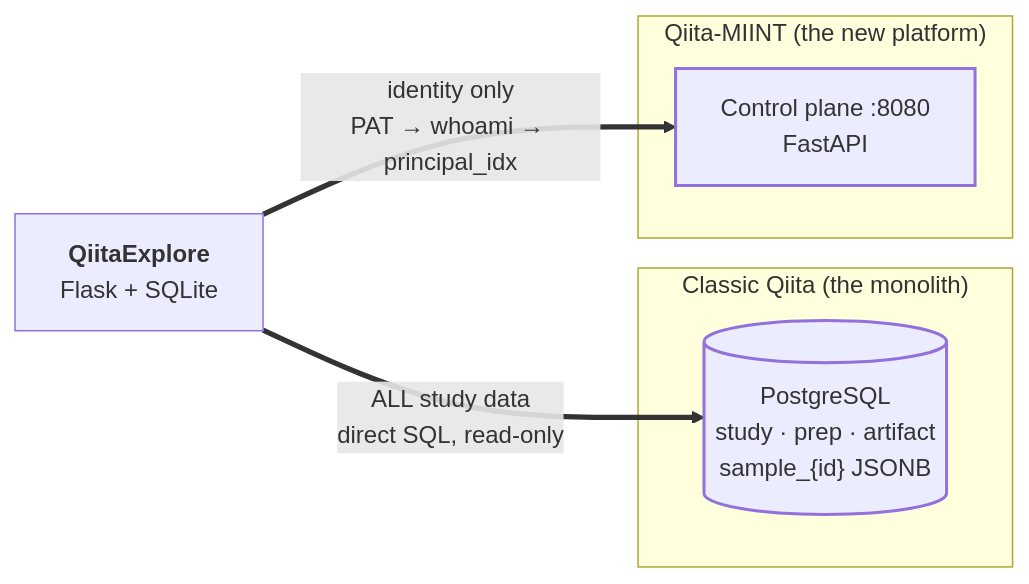
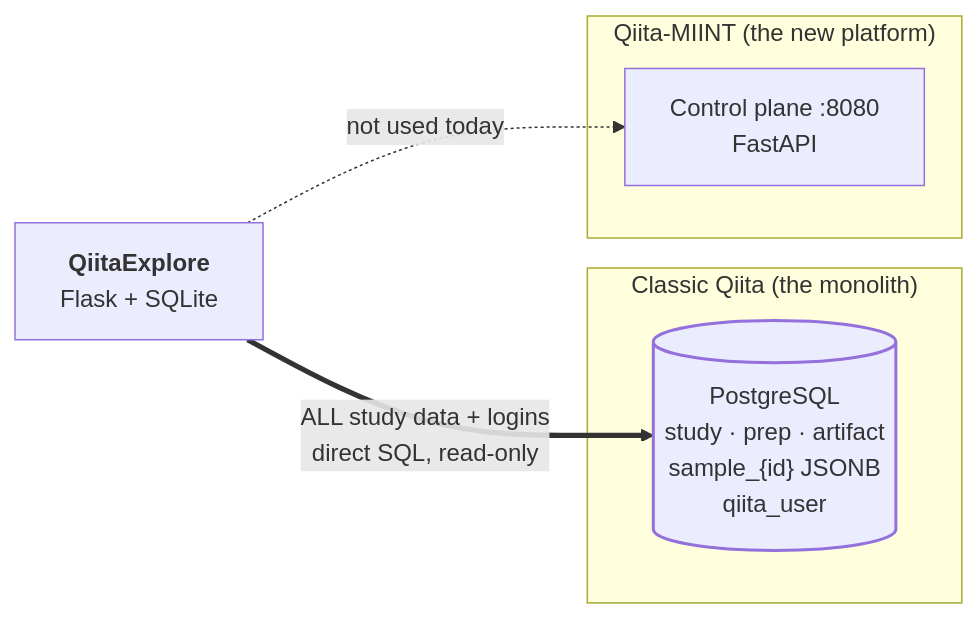
One commit to dhruvviveksharma/QiitaExplore changed the diagram in docs/00-orientation.md. Above: the diagram before and after it, drawn with Mermaid. The commit also changed other lines of this file and 64 other files, not shown here.

````diff
--- a/docs/00-orientation.md
+++ b/docs/00-orientation.md
@@ -30,18 +30,17 @@
 ```mermaid
 flowchart LR
     QE["<b>QiitaExplore</b><br/>Flask + SQLite"]
 
     subgraph CLASSIC["Classic Qiita (the monolith)"]
-        PG[("PostgreSQL<br/>study · prep · artifact<br/>sample_{id} JSONB")]
+        PG[("PostgreSQL<br/>study · prep · artifact<br/>sample_{id} JSONB<br/>qiita_user")]
     end
 
     subgraph MIINT["Qiita-MIINT (the new platform)"]
         CP["Control plane :8080<br/>FastAPI"]
     end
 
-    QE ==>|"ALL study data<br/>direct SQL, read-only"| PG
-    QE ==>|"identity only<br/>PAT → whoami → principal_idx"| CP
+    QE ==>|"ALL study data + logins<br/>direct SQL, read-only"| PG
+    QE -.->|"not used today"| CP
 
     style PG stroke-width:2px
-    style CP stroke-width:2px
 ```
````
